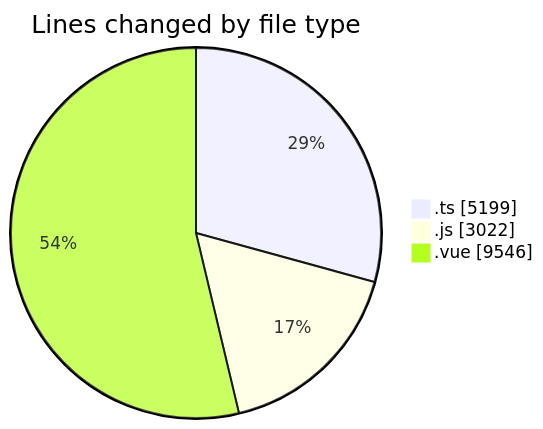
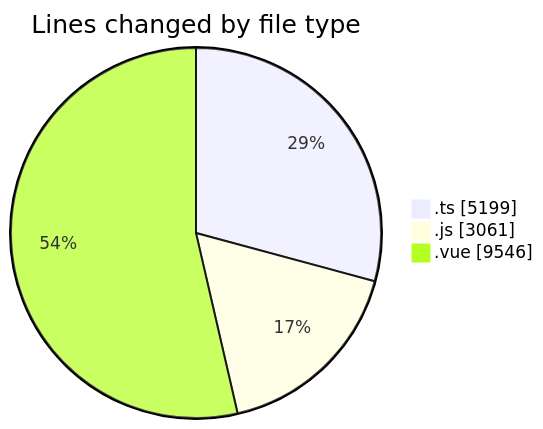
Before and after one commit to lephambinh05/code-tracking: the first of 2 diagrams in 2025-08-16/rentotp/README.md, drawn with Mermaid. The commit also changed other lines of this file and 1 other file, not shown here.

````diff
--- a/2025-08-16/rentotp/README.md
+++ b/2025-08-16/rentotp/README.md
@@ -75,7 +76,7 @@
 ```mermaid
 pie showData
 title Lines changed by file type
 ".ts" : 5199
-".js" : 3022
+".js" : 3061
 ".vue" : 9546
 ```
````
